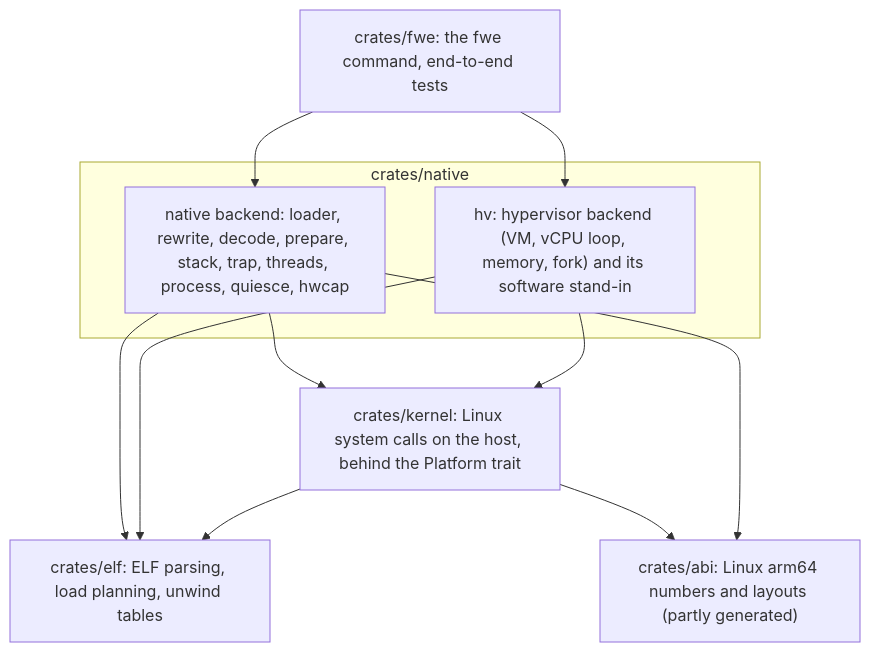
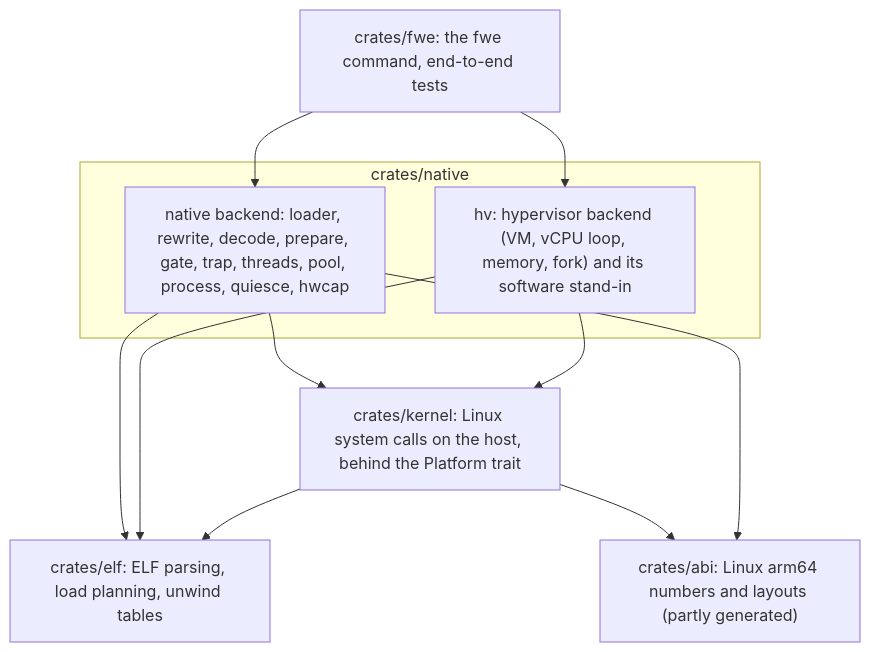
One commit to e6qu/fun-with-emulators changed the diagram in docs/architecture.md. Above: the diagram before and after it, drawn with Mermaid. The commit also changed other lines of this file and 173 other files, not shown here.

````diff
--- a/docs/architecture.md
+++ b/docs/architecture.md
@@ -33,20 +25,20 @@
 ```mermaid
 flowchart TD
     fwe["crates/fwe: the fwe command, end-to-end tests"]
     subgraph native["crates/native"]
-        nb["native backend: loader, rewrite, decode, prepare, stack, trap, threads, process, quiesce, hwcap"]
+        nb["native backend: loader, rewrite, decode, prepare, gate, trap, threads, pool, process, quiesce, hwcap"]
         hv["hv: hypervisor backend (VM, vCPU loop, memory, fork) and its software stand-in"]
     end
     kernel["crates/kernel: Linux system calls on the host, behind the Platform trait"]
     elf["crates/elf: ELF parsing, load planning, unwind tables"]
     abi["crates/abi: Linux arm64 numbers and layouts (partly generated)"]
     fwe --> nb
     fwe --> hv
     nb --> kernel
     hv --> kernel
     nb --> elf
     hv --> elf
     kernel --> elf
     kernel --> abi
     nb --> abi
 ```
````
